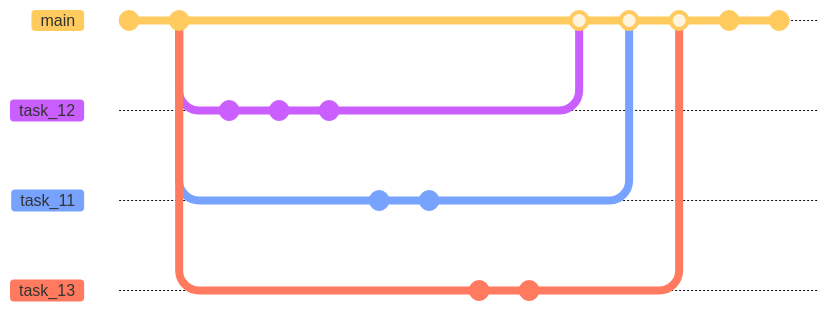
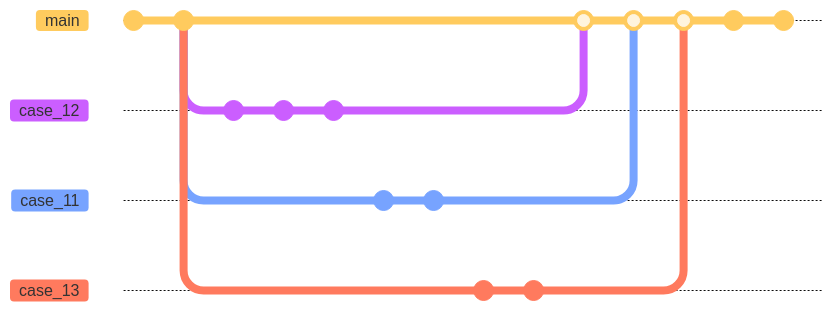
The diagram in slides/slides.qmd (WarwickCIM/quarto-workshop), drawn with Mermaid before and after one commit. The commit also changed other lines of this file and 1 other file, not shown here. Commit ids are hidden.

Commit message:
Task #7 - Add future actions

````diff
--- a/slides/slides.qmd
+++ b/slides/slides.qmd
@@ -274,27 +280,27 @@
 ```{mermaid}
 %%{init:{'logLevel':'debug', 'theme':'base', 'gitGraph':{'rotateCommitLabel': true}} }%%
 gitGraph
        commit
        commit id: "RSEConf22!"
-       branch task_12
-       checkout task_12
+       branch case_12
+       checkout case_12
        commit
        commit id: "Documenting"
        commit
        checkout main
-       branch task_11
-       checkout task_11
+       branch case_11
+       checkout case_11
        commit
        commit
        checkout main
-       branch task_13
-       checkout task_13
+       branch case_13
+       checkout case_13
        commit
        commit
        checkout main
-       merge task_12
-       merge task_11
-       merge task_13
+       merge case_12
+       merge case_11
+       merge case_13
        commit
        commit
 ```
````
